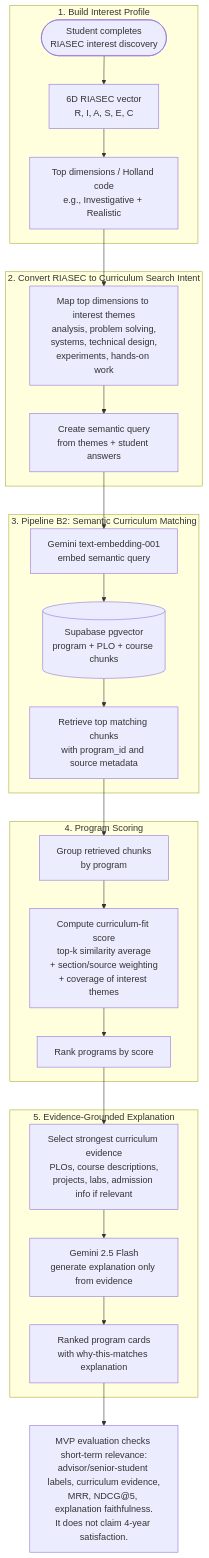
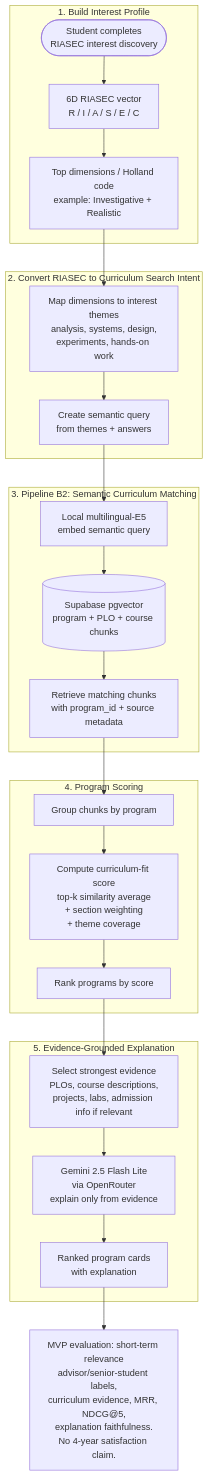
The third of 7 diagrams in DIAGRAMS.md (tarothanawat/SRS-KUru), drawn with Mermaid before and after one commit. The commit also changed other lines of this file and 12 other files, not shown here.

First line of the commit message:
Refine software architecture documentation and update evaluation metrics

````diff
--- a/DIAGRAMS.md
+++ b/DIAGRAMS.md
@@ -133,40 +151,40 @@
 ```mermaid
 flowchart TD
     START(["Student completes<br/>RIASEC interest discovery"])
 
     subgraph PROFILE["1. Build Interest Profile"]
-        VEC["6D RIASEC vector<br/>R, I, A, S, E, C"]
-        TOP["Top dimensions / Holland code<br/>e.g., Investigative + Realistic"]
+        VEC["6D RIASEC vector<br/>R / I / A / S / E / C"]
+        TOP["Top dimensions / Holland code<br/>example: Investigative + Realistic"]
         START --> VEC --> TOP
     end
 
     subgraph INTENT["2. Convert RIASEC to Curriculum Search Intent"]
-        THEMES["Map top dimensions to interest themes<br/>analysis, problem solving,<br/>systems, technical design,<br/>experiments, hands-on work"]
-        QUERY["Create semantic query<br/>from themes + student answers"]
+        THEMES["Map dimensions to interest themes<br/>analysis, systems, design,<br/>experiments, hands-on work"]
+        QUERY["Create semantic query<br/>from themes + answers"]
         TOP --> THEMES --> QUERY
     end
 
     subgraph RETRIEVAL["3. Pipeline B2: Semantic Curriculum Matching"]
-        EMB["Gemini text-embedding-001<br/>embed semantic query"]
+        EMB["Local multilingual-E5<br/>embed semantic query"]
         PGV[("Supabase pgvector<br/>program + PLO + course chunks")]
-        CHUNKS["Retrieve top matching chunks<br/>with program_id and source metadata"]
+        CHUNKS["Retrieve matching chunks<br/>with program_id + source metadata"]
         QUERY --> EMB --> PGV --> CHUNKS
     end
 
     subgraph SCORING["4. Program Scoring"]
-        GROUP["Group retrieved chunks<br/>by program"]
-        SCORE["Compute curriculum-fit score<br/>top-k similarity average<br/>+ section/source weighting<br/>+ coverage of interest themes"]
+        GROUP["Group chunks by program"]
+        SCORE["Compute curriculum-fit score<br/>top-k similarity average<br/>+ section weighting<br/>+ theme coverage"]
         RANK["Rank programs by score"]
         CHUNKS --> GROUP --> SCORE --> RANK
     end
 
     subgraph EXPLAIN["5. Evidence-Grounded Explanation"]
-        EVIDENCE["Select strongest curriculum evidence<br/>PLOs, course descriptions,<br/>projects, labs, admission info if relevant"]
-        GEMINI["Gemini 2.5 Flash<br/>generate explanation only from evidence"]
-        CARDS["Ranked program cards<br/>with why-this-matches explanation"]
+        EVIDENCE["Select strongest evidence<br/>PLOs, course descriptions,<br/>projects, labs, admission info if relevant"]
+        GEMINI["Gemini 2.5 Flash Lite<br/>via OpenRouter<br/>explain only from evidence"]
+        CARDS["Ranked program cards<br/>with explanation"]
         RANK --> EVIDENCE --> GEMINI --> CARDS
     end
 
-    NOTE["MVP evaluation checks short-term relevance:<br/>advisor/senior-student labels, curriculum evidence,<br/>MRR, NDCG@5, explanation faithfulness.<br/>It does not claim 4-year satisfaction."]
+    NOTE["MVP evaluation: short-term relevance<br/>advisor/senior-student labels,<br/>curriculum evidence, MRR, NDCG@5,<br/>explanation faithfulness.<br/>No 4-year satisfaction claim."]
     CARDS --> NOTE
 ```
````
